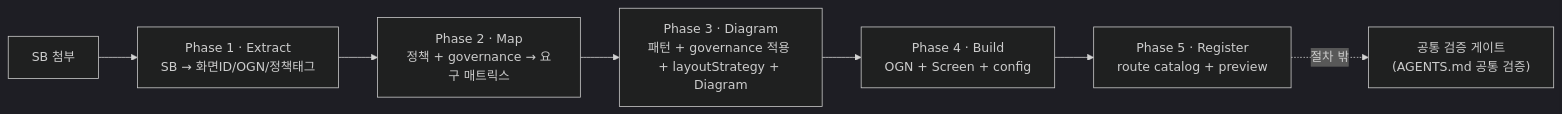
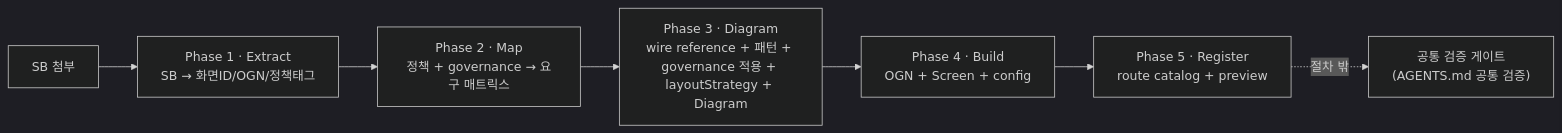
Before and after one commit to ewoooo/rnd-screen-to-screen: the diagram in SCREEN_GENERATION_FLOW.md, drawn with Mermaid (dark theme). The commit also changed other lines of this file and 1 other file, not shown here.

Commit message:
docs: prioritize layout preservation in screen generation

````diff
--- a/SCREEN_GENERATION_FLOW.md
+++ b/SCREEN_GENERATION_FLOW.md
@@ -25,9 +27,9 @@
 ```mermaid
 flowchart LR
     A["SB 첨부"] --> P1["Phase 1 · Extract<br/>SB → 화면ID/OGN/정책태그"]
     P1 --> P2["Phase 2 · Map<br/>정책 + governance → 요구 매트릭스"]
-    P2 --> P3["Phase 3 · Diagram<br/>패턴 + governance 적용 + layoutStrategy + Diagram"]
+    P2 --> P3["Phase 3 · Diagram<br/>wire reference + 패턴 + governance 적용 + layoutStrategy + Diagram"]
     P3 --> P4["Phase 4 · Build<br/>OGN + Screen + config"]
     P4 --> P5["Phase 5 · Register<br/>route catalog + preview"]
     P5 -.->|절차 밖| G["공통 검증 게이트<br/>(AGENTS.md 공통 검증)"]
 ```
````
